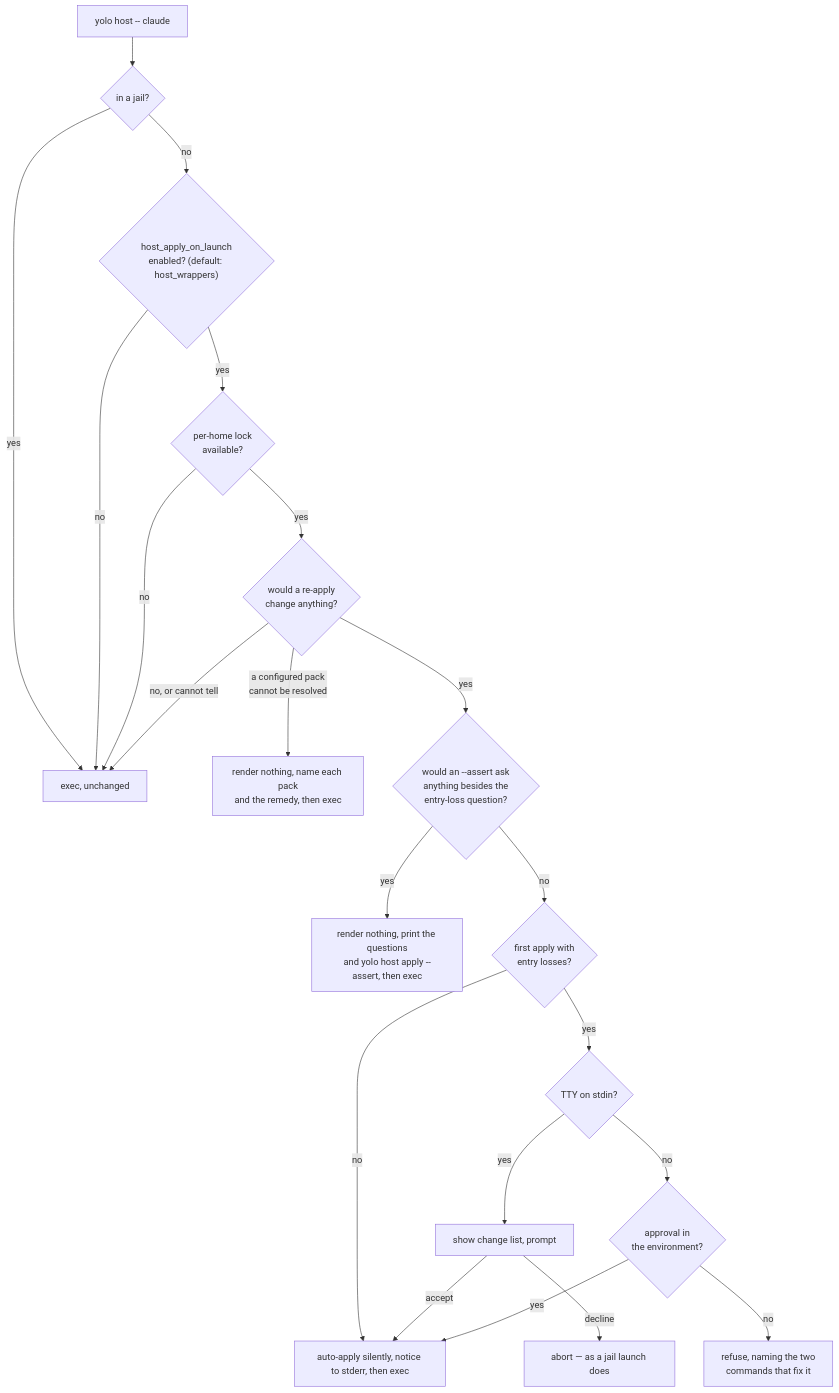
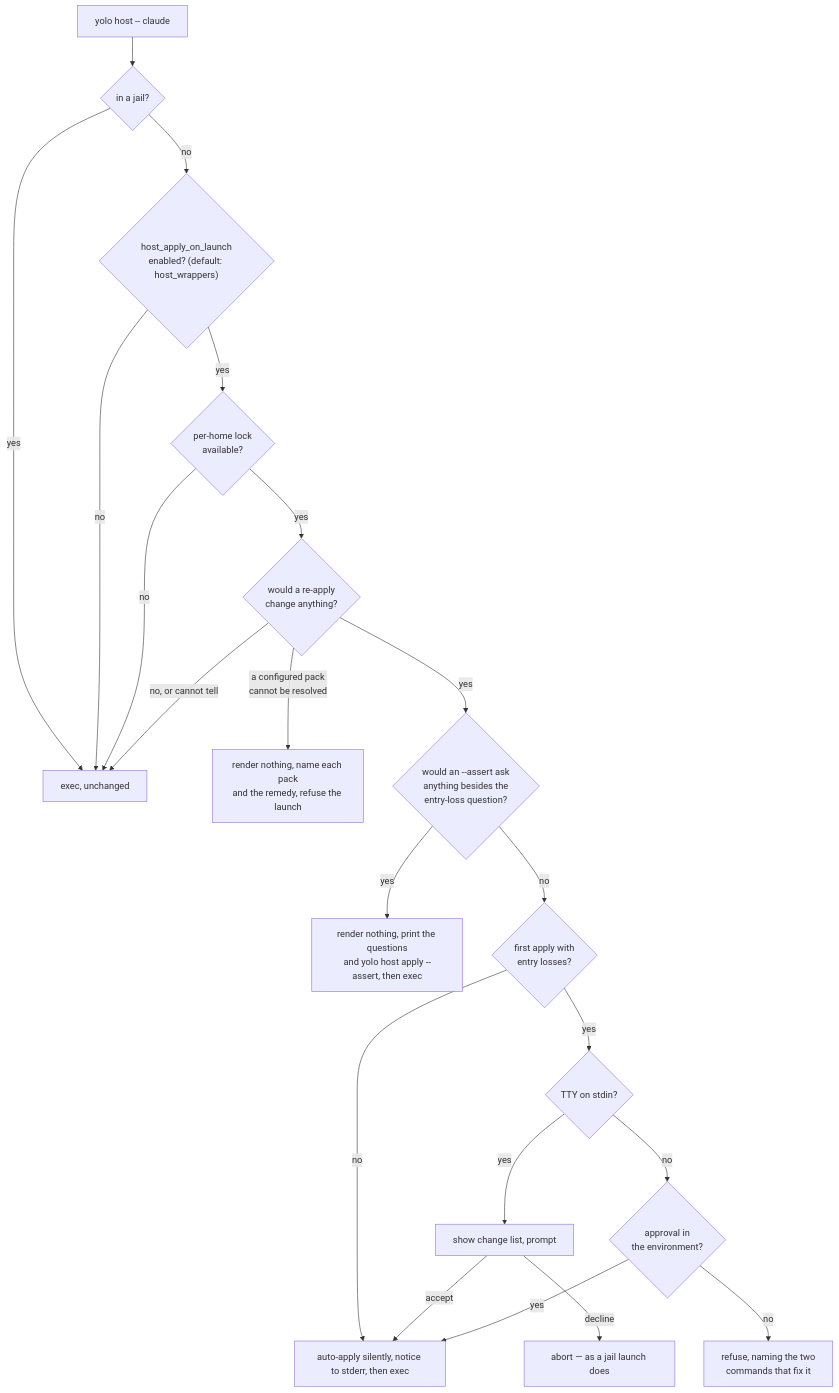
The diagram in docs/reference/host-apply-staleness.md (mschulkind-oss/yolo-jail), drawn with Mermaid before and after one commit. The commit also changed other lines of this file and 3 other files, not shown here.

Commit message:
docs(host): an unresolvable pack refuses the host launch in the dispositions, the gate chart, NS-D14, NS-D18, ES-D24 and providers

````diff
--- a/docs/reference/host-apply-staleness.md
+++ b/docs/reference/host-apply-staleness.md
@@ -251,23 +251,23 @@
 ```mermaid
 flowchart TD
     A["yolo host -- claude"] --> J{in a jail?}
     J -->|yes| X[exec, unchanged]
     J -->|no| B{"host_apply_on_launch<br/>enabled? (default: host_wrappers)"}
     B -->|no| X
     B -->|yes| L{per-home lock<br/>available?}
     L -->|no| X
     L -->|yes| C{would a re-apply<br/>change anything?}
     C -->|no, or cannot tell| X
-    C -->|"a configured pack<br/>cannot be resolved"| U["render nothing, name each pack<br/>and the remedy, then exec"]
+    C -->|"a configured pack<br/>cannot be resolved"| U["render nothing, name each pack<br/>and the remedy, refuse the launch"]
     C -->|yes| Q{"would an --assert ask<br/>anything besides the<br/>entry-loss question?"}
     Q -->|yes| V["render nothing, print the questions<br/>and yolo host apply --assert, then exec"]
     Q -->|no| M{"first apply with<br/>entry losses?"}
     M -->|no| S["auto-apply silently, notice to stderr, then exec"]
     M -->|yes| D{TTY on stdin?}
     D -->|yes| E[show change list, prompt]
     D -->|no| F{approval in<br/>the environment?}
     E -->|accept| S
     E -->|decline| H[abort — as a jail launch does]
     F -->|yes| S
     F -->|no| I["refuse, naming the two<br/>commands that fix it"]
 ```
````
